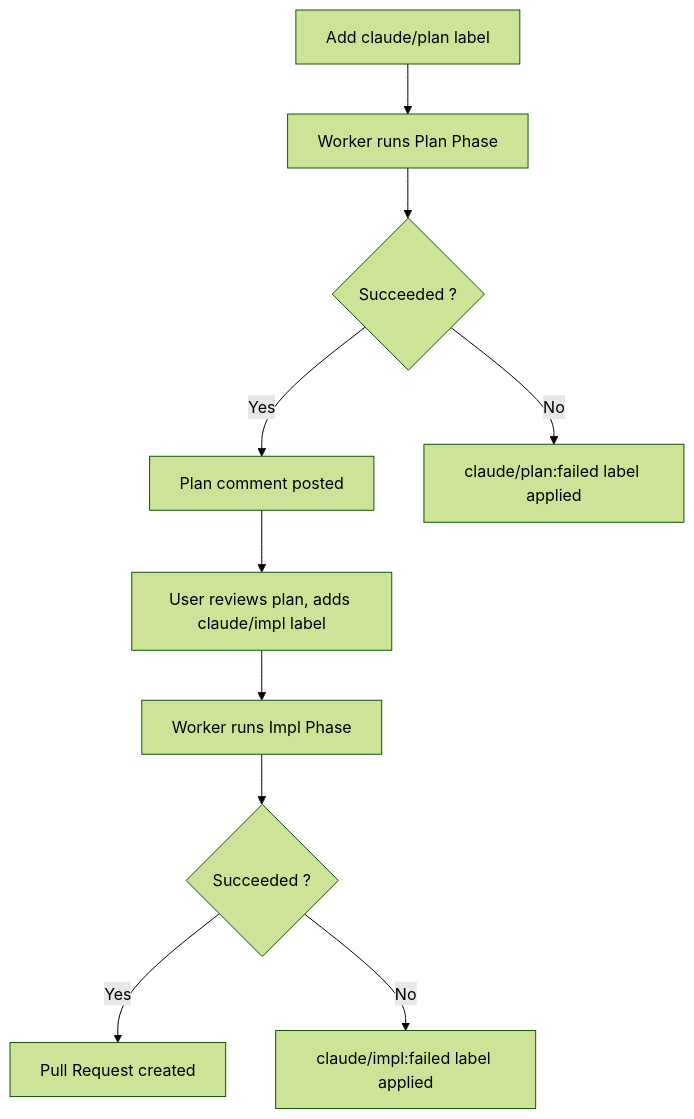
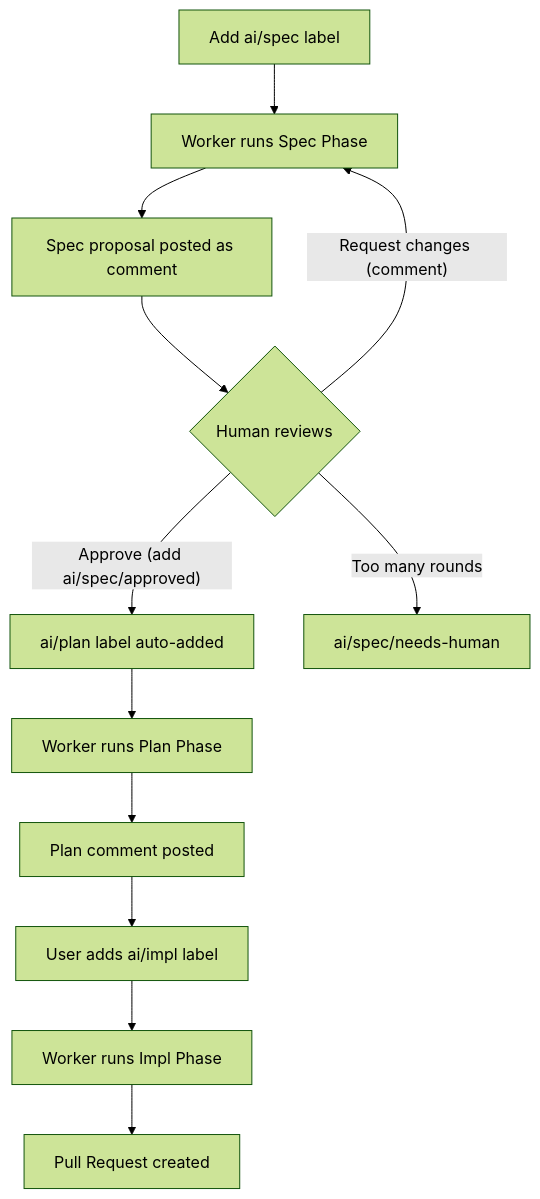
Before and after one commit to nonz250/sabori-flow: the first of 2 diagrams in README.md, drawn with Mermaid (forest theme). The commit also changed other lines of this file and 2 other files, not shown here.

First line of the commit message:
docs: update README, README.ja, and CLAUDE.md for spec phase

````diff
--- a/README.md
+++ b/README.md
@@ -154,12 +154,14 @@
 ```mermaid
 flowchart TD
-    A["Add claude/plan label"] --> B["Worker runs Plan Phase"]
-    B --> C{"Succeeded #quest;"}
-    C -- Yes --> D["Plan comment posted"]
-    C -- No --> E["claude/plan#colon;failed label applied"]
-    D --> F["User reviews plan, adds claude/impl label"]
-    F --> G["Worker runs Impl Phase"]
-    G --> H{"Succeeded #quest;"}
-    H -- Yes --> I["Pull Request created"]
-    H -- No --> J["claude/impl#colon;failed label applied"]
+    A["Add ai/spec label"] --> B["Worker runs Spec Phase"]
+    B --> C["Spec proposal posted as comment"]
+    C --> D{"Human reviews"}
+    D -- "Approve (add ai/spec/approved)" --> E["ai/plan label auto-added"]
+    D -- "Request changes (comment)" --> B
+    D -- "Too many rounds" --> F["ai/spec/needs-human"]
+    E --> G["Worker runs Plan Phase"]
+    G --> H["Plan comment posted"]
+    H --> I["User adds ai/impl label"]
+    I --> J["Worker runs Impl Phase"]
+    J --> K["Pull Request created"]
 ```
````
